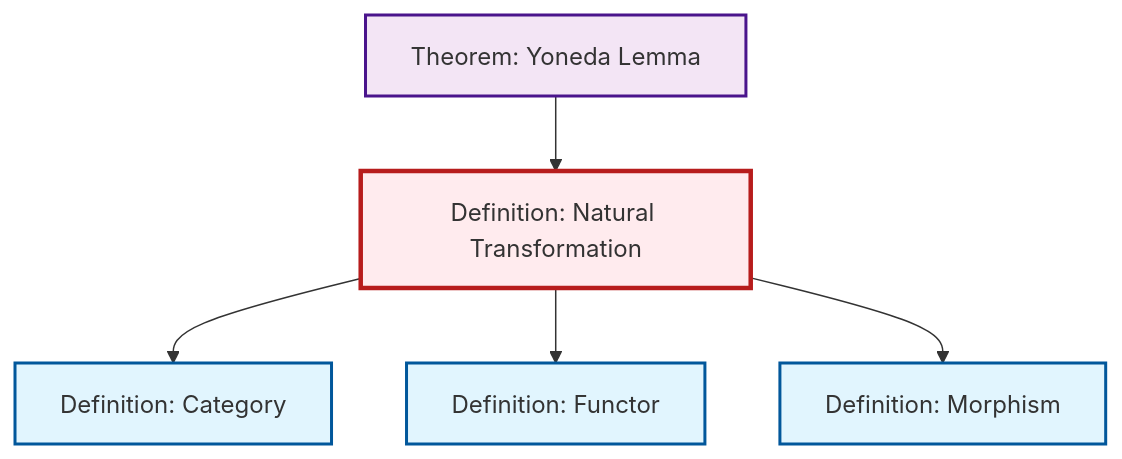
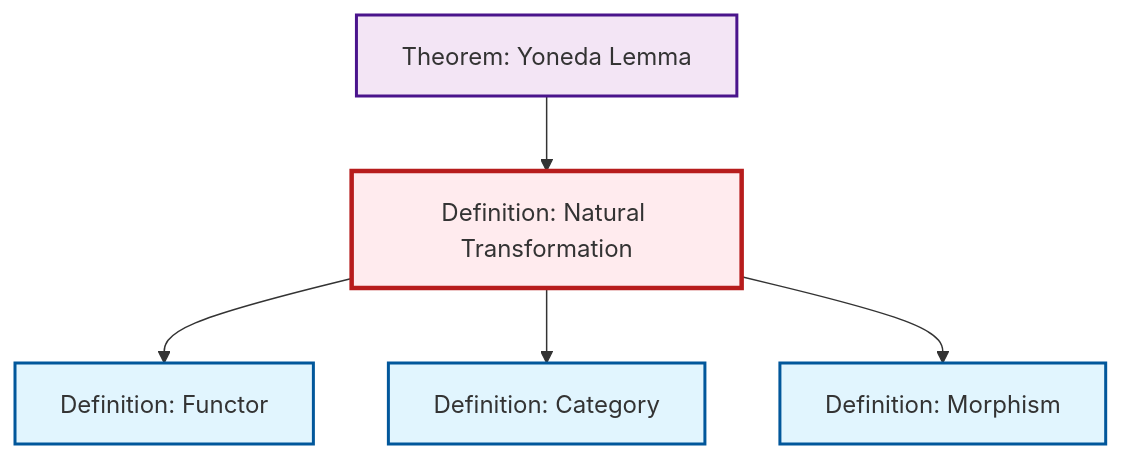
The diagram in content/en/category-theory/def-natural-transformation.qmd (RK0429/ModernMath), drawn with Mermaid before and after one commit. The commit also changed other lines of this file and 615 other files, not shown here.

````diff
--- a/content/en/category-theory/def-natural-transformation.qmd
+++ b/content/en/category-theory/def-natural-transformation.qmd
@@ -59,23 +59,23 @@
 ```{mermaid}
 %%| fig-cap: "Local dependency graph"
 graph TD
     classDef definition fill:#e1f5fe,stroke:#01579b,stroke-width:2px
     classDef theorem fill:#f3e5f5,stroke:#4a148c,stroke-width:2px
     classDef axiom fill:#fff3e0,stroke:#e65100,stroke-width:2px
     classDef example fill:#e8f5e9,stroke:#1b5e20,stroke-width:2px
     classDef current fill:#ffebee,stroke:#b71c1c,stroke-width:3px
-    def-functor["Definition: Functor"]:::definition
-    thm-yoneda["Theorem: Yoneda Lemma"]:::theorem
     def-natural-transformation["Definition: Natural Transformation"]:::definition
     def-category["Definition: Category"]:::definition
     def-morphism["Definition: Morphism"]:::definition
+    def-functor["Definition: Functor"]:::definition
+    thm-yoneda["Theorem: Yoneda Lemma"]:::theorem
+    def-natural-transformation --> def-functor
     def-natural-transformation --> def-category
-    def-natural-transformation --> def-functor
+    def-natural-transformation --> def-morphism
     thm-yoneda --> def-natural-transformation
-    def-natural-transformation --> def-morphism
     class def-natural-transformation current
+    click def-category "def-category.html" "Go to Category definition"
+    click def-morphism "def-morphism.html" "Go to Morphism definition"
     click def-functor "def-functor.html" "Go to Functor definition"
     click thm-yoneda "thm-yoneda.html" "Go to Yoneda Lemma theorem"
-    click def-category "def-category.html" "Go to Category definition"
-    click def-morphism "def-morphism.html" "Go to Morphism definition"
 ```
````
